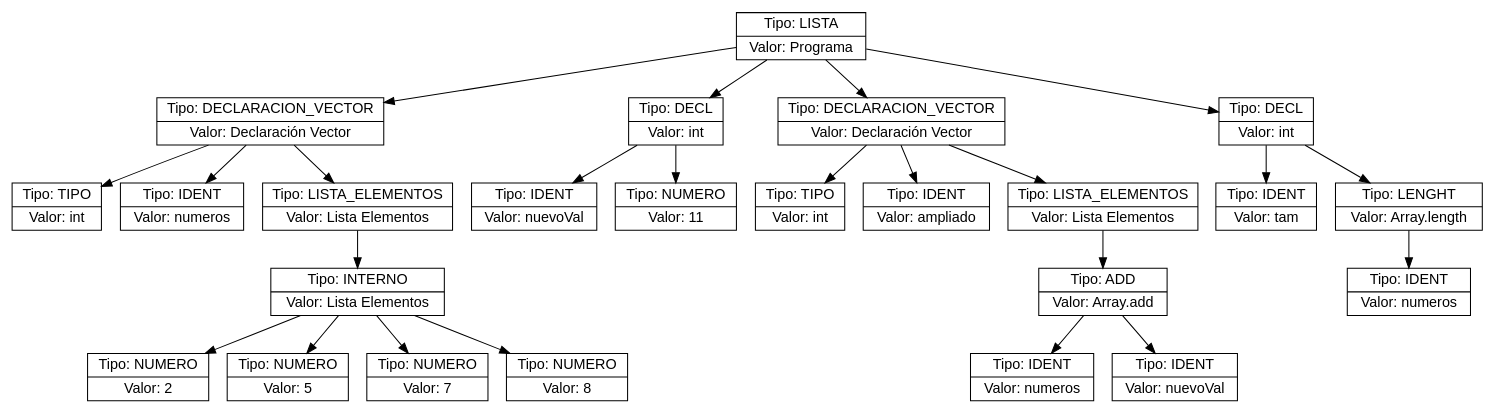
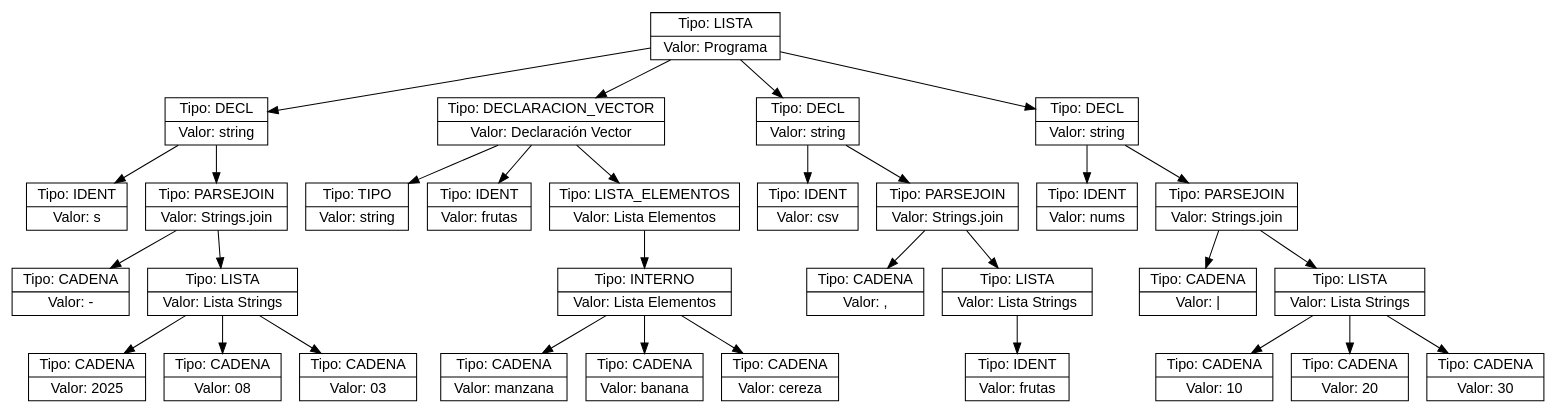
The diagram in ast.dot (Farot30/OLC2_2s2025_202307820), drawn with Graphviz before and after one commit. The commit also changed 13 other files, not shown here.

```diff
--- a/ast.dot
+++ b/ast.dot
@@ -1,50 +1,64 @@
 digraph AST {
   node [shape=record,fontname="Helvetica"];
-  n0x5a85ab278cb0 [label="{Tipo: LISTA|Valor: Programa}"];
-  n0x5a85ab278cb0 -> n0x5a85ab4b3d40;
-  n0x5a85ab4b3d40 [label="{Tipo: DECLARACION_VECTOR|Valor: Declaración Vector}"];
-  n0x5a85ab4b3d40 -> n0x5a85ab14e850;
-  n0x5a85ab14e850 [label="{Tipo: TIPO|Valor: int}"];
-  n0x5a85ab4b3d40 -> n0x5a85ab325890;
-  n0x5a85ab325890 [label="{Tipo: IDENT|Valor: numeros}"];
-  n0x5a85ab4b3d40 -> n0x5a85ab2ebbb0;
-  n0x5a85ab2ebbb0 [label="{Tipo: LISTA_ELEMENTOS|Valor: Lista Elementos}"];
-  n0x5a85ab2ebbb0 -> n0x5a85ab124e60;
-  n0x5a85ab124e60 [label="{Tipo: INTERNO|Valor: Lista Elementos}"];
-  n0x5a85ab124e60 -> n0x5a85ab38eb80;
-  n0x5a85ab38eb80 [label="{Tipo: NUMERO|Valor: 2}"];
-  n0x5a85ab124e60 -> n0x5a85ab127a90;
-  n0x5a85ab127a90 [label="{Tipo: NUMERO|Valor: 5}"];
-  n0x5a85ab124e60 -> n0x5a85ab4deac0;
-  n0x5a85ab4deac0 [label="{Tipo: NUMERO|Valor: 7}"];
-  n0x5a85ab124e60 -> n0x5a85ab357460;
-  n0x5a85ab357460 [label="{Tipo: NUMERO|Valor: 8}"];
-  n0x5a85ab278cb0 -> n0x5a85ab39b9e0;
-  n0x5a85ab39b9e0 [label="{Tipo: DECL|Valor: int}"];
-  n0x5a85ab39b9e0 -> n0x5a85ab191640;
-  n0x5a85ab191640 [label="{Tipo: IDENT|Valor: nuevoVal}"];
-  n0x5a85ab39b9e0 -> n0x5a85ab158c30;
-  n0x5a85ab158c30 [label="{Tipo: NUMERO|Valor: 11}"];
-  n0x5a85ab278cb0 -> n0x5a85ab39aef0;
-  n0x5a85ab39aef0 [label="{Tipo: DECLARACION_VECTOR|Valor: Declaración Vector}"];
-  n0x5a85ab39aef0 -> n0x5a85ab4b89b0;
-  n0x5a85ab4b89b0 [label="{Tipo: TIPO|Valor: int}"];
-  n0x5a85ab39aef0 -> n0x5a85ab38c930;
-  n0x5a85ab38c930 [label="{Tipo: IDENT|Valor: ampliado}"];
-  n0x5a85ab39aef0 -> n0x5a85ab4ff950;
-  n0x5a85ab4ff950 [label="{Tipo: LISTA_ELEMENTOS|Valor: Lista Elementos}"];
-  n0x5a85ab4ff950 -> n0x5a85ab4907c0;
-  n0x5a85ab4907c0 [label="{Tipo: ADD|Valor: Array.add}"];
-  n0x5a85ab4907c0 -> n0x5a85ab399d20;
-  n0x5a85ab399d20 [label="{Tipo: IDENT|Valor: numeros}"];
-  n0x5a85ab4907c0 -> n0x5a85ab1538f0;
-  n0x5a85ab1538f0 [label="{Tipo: IDENT|Valor: nuevoVal}"];
-  n0x5a85ab278cb0 -> n0x5a85ab1435e0;
-  n0x5a85ab1435e0 [label="{Tipo: DECL|Valor: int}"];
-  n0x5a85ab1435e0 -> n0x5a85ab1403f0;
-  n0x5a85ab1403f0 [label="{Tipo: IDENT|Valor: tam}"];
-  n0x5a85ab1435e0 -> n0x5a85ab1445d0;
-  n0x5a85ab1445d0 [label="{Tipo: LENGHT|Valor: Array.length}"];
-  n0x5a85ab1445d0 -> n0x5a85ab0f9710;
-  n0x5a85ab0f9710 [label="{Tipo: IDENT|Valor: numeros}"];
+  n0x62207e2de430 [label="{Tipo: LISTA|Valor: Programa}"];
+  n0x62207e2de430 -> n0x62207e2b3ca0;
+  n0x62207e2b3ca0 [label="{Tipo: DECL|Valor: string}"];
+  n0x62207e2b3ca0 -> n0x62207e3e42e0;
+  n0x62207e3e42e0 [label="{Tipo: IDENT|Valor: s}"];
+  n0x62207e2b3ca0 -> n0x62207e53f350;
+  n0x62207e53f350 [label="{Tipo: PARSEJOIN|Valor: Strings.join}"];
+  n0x62207e53f350 -> n0x62207e4d4ed0;
+  n0x62207e4d4ed0 [label="{Tipo: CADENA|Valor: -}"];
+  n0x62207e53f350 -> n0x62207e4fa8f0;
+  n0x62207e4fa8f0 [label="{Tipo: LISTA|Valor: Lista Strings}"];
+  n0x62207e4fa8f0 -> n0x62207e5089c0;
+  n0x62207e5089c0 [label="{Tipo: CADENA|Valor: 2025}"];
+  n0x62207e4fa8f0 -> n0x62207e667440;
+  n0x62207e667440 [label="{Tipo: CADENA|Valor: 08}"];
+  n0x62207e4fa8f0 -> n0x62207e29fc10;
+  n0x62207e29fc10 [label="{Tipo: CADENA|Valor: 03}"];
+  n0x62207e2de430 -> n0x62207e54cdb0;
+  n0x62207e54cdb0 [label="{Tipo: DECLARACION_VECTOR|Valor: Declaración Vector}"];
+  n0x62207e54cdb0 -> n0x62207e5489d0;
+  n0x62207e5489d0 [label="{Tipo: TIPO|Valor: string}"];
+  n0x62207e54cdb0 -> n0x62207e54dfb0;
+  n0x62207e54dfb0 [label="{Tipo: IDENT|Valor: frutas}"];
+  n0x62207e54cdb0 -> n0x62207e53ddb0;
+  n0x62207e53ddb0 [label="{Tipo: LISTA_ELEMENTOS|Valor: Lista Elementos}"];
+  n0x62207e53ddb0 -> n0x62207e535330;
+  n0x62207e535330 [label="{Tipo: INTERNO|Valor: Lista Elementos}"];
+  n0x62207e535330 -> n0x62207e2c19b0;
+  n0x62207e2c19b0 [label="{Tipo: CADENA|Valor: manzana}"];
+  n0x62207e535330 -> n0x62207e5dba30;
+  n0x62207e5dba30 [label="{Tipo: CADENA|Valor: banana}"];
+  n0x62207e535330 -> n0x62207e5dbbc0;
+  n0x62207e5dbbc0 [label="{Tipo: CADENA|Valor: cereza}"];
+  n0x62207e2de430 -> n0x62207e67ef80;
+  n0x62207e67ef80 [label="{Tipo: DECL|Valor: string}"];
+  n0x62207e67ef80 -> n0x62207e47db20;
+  n0x62207e47db20 [label="{Tipo: IDENT|Valor: csv}"];
+  n0x62207e67ef80 -> n0x62207e54d0f0;
+  n0x62207e54d0f0 [label="{Tipo: PARSEJOIN|Valor: Strings.join}"];
+  n0x62207e54d0f0 -> n0x62207e2dcd90;
+  n0x62207e2dcd90 [label="{Tipo: CADENA|Valor: ,}"];
+  n0x62207e54d0f0 -> n0x62207e2bb590;
+  n0x62207e2bb590 [label="{Tipo: LISTA|Valor: Lista Strings}"];
+  n0x62207e2bb590 -> n0x62207e549b10;
+  n0x62207e549b10 [label="{Tipo: IDENT|Valor: frutas}"];
+  n0x62207e2de430 -> n0x62207e53eb10;
+  n0x62207e53eb10 [label="{Tipo: DECL|Valor: string}"];
+  n0x62207e53eb10 -> n0x62207e53eb40;
+  n0x62207e53eb40 [label="{Tipo: IDENT|Valor: nums}"];
+  n0x62207e53eb10 -> n0x62207e2d4950;
+  n0x62207e2d4950 [label="{Tipo: PARSEJOIN|Valor: Strings.join}"];
+  n0x62207e2d4950 -> n0x62207e47d1d0;
+  n0x62207e47d1d0 [label="{Tipo: CADENA|Valor:  &#124; }"];
+  n0x62207e2d4950 -> n0x62207e4f0290;
+  n0x62207e4f0290 [label="{Tipo: LISTA|Valor: Lista Strings}"];
+  n0x62207e4f0290 -> n0x62207e420a50;
+  n0x62207e420a50 [label="{Tipo: CADENA|Valor: 10}"];
+  n0x62207e4f0290 -> n0x62207e2d60d0;
+  n0x62207e2d60d0 [label="{Tipo: CADENA|Valor: 20}"];
+  n0x62207e4f0290 -> n0x62207e433b00;
+  n0x62207e433b00 [label="{Tipo: CADENA|Valor: 30}"];
 }
```
